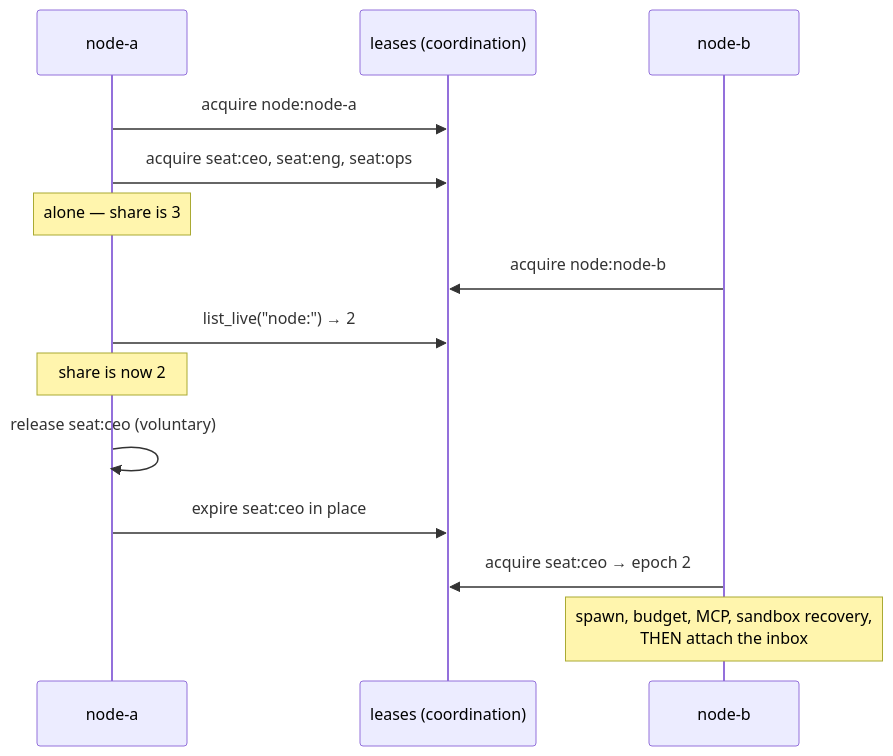
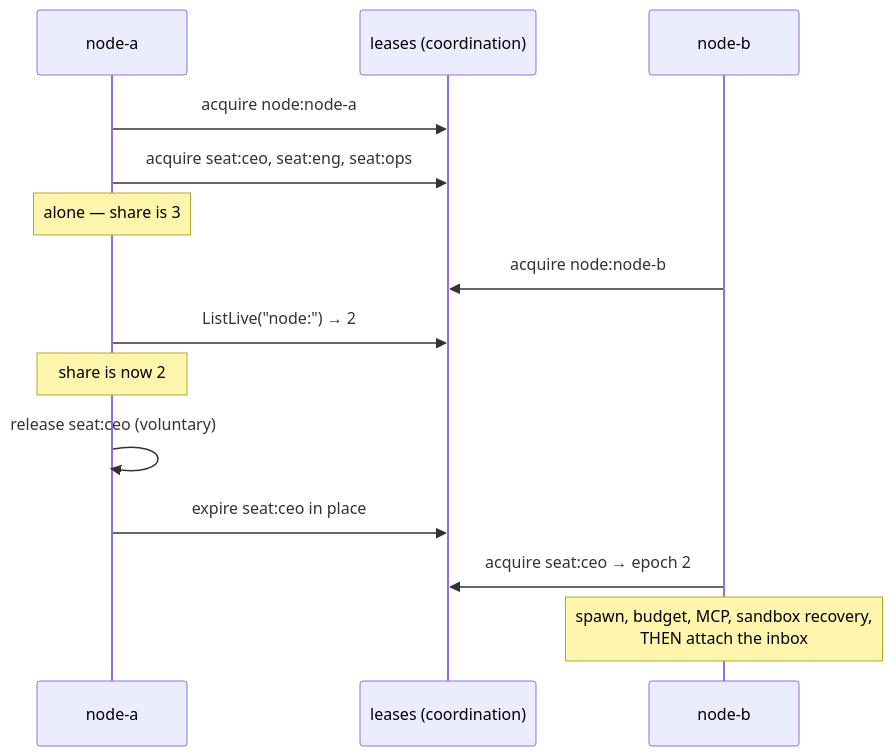
Before and after one commit to crewlet/crewlet: the diagram in docs/concepts/seat-ownership.md, drawn with Mermaid. The commit also changed other lines of this file, not shown here.

````diff
--- a/docs/concepts/seat-ownership.md
+++ b/docs/concepts/seat-ownership.md
@@ -43,16 +43,16 @@
 ```mermaid
 sequenceDiagram
     participant A as node-a
     participant L as leases (coordination)
     participant B as node-b
     A->>L: acquire node:node-a
     A->>L: acquire seat:ceo, seat:eng, seat:ops
     Note over A: alone — share is 3
     B->>L: acquire node:node-b
-    A->>L: list_live("node:") → 2
+    A->>L: ListLive("node:") → 2
     Note over A: share is now 2
     A->>A: release seat:ceo (voluntary)
     A->>L: expire seat:ceo in place
     B->>L: acquire seat:ceo → epoch 2
     Note over B: spawn, budget, MCP, sandbox recovery,<br/>THEN attach the inbox
 ```
````
